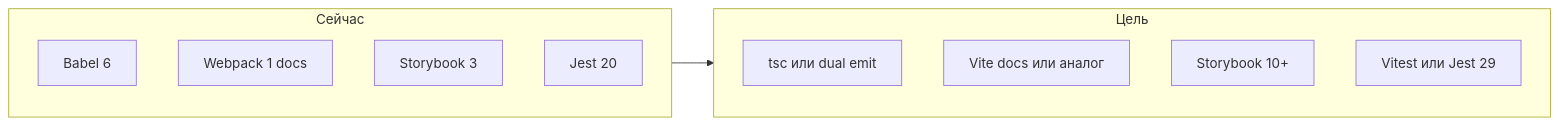
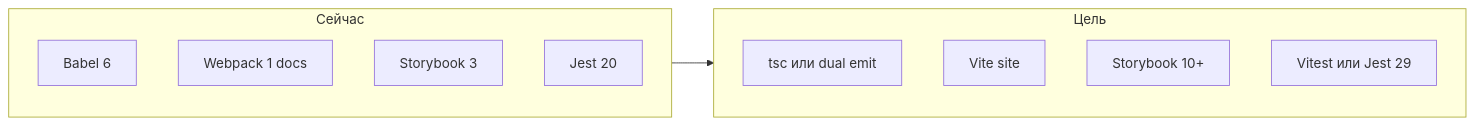
Before and after one commit to antonlimar/react-color: the diagram in PLAN.md, drawn with Mermaid. The commit also changed other lines of this file and 113 other files, not shown here.

````diff
--- a/PLAN.md
+++ b/PLAN.md
@@ -10,16 +10,16 @@
 ```mermaid
 flowchart LR
   subgraph now [Сейчас]
     Babel6[Babel 6]
     WB1[Webpack 1 docs]
     SB3[Storybook 3]
     J20[Jest 20]
   end
   subgraph target [Цель]
     TS[tsc или dual emit]
-    Vite[Vite docs или аналог]
+    Vite[Vite site]
     SB[Storybook 10+]
     Test[Vitest или Jest 29]
   end
   now --> target
 ```
````
